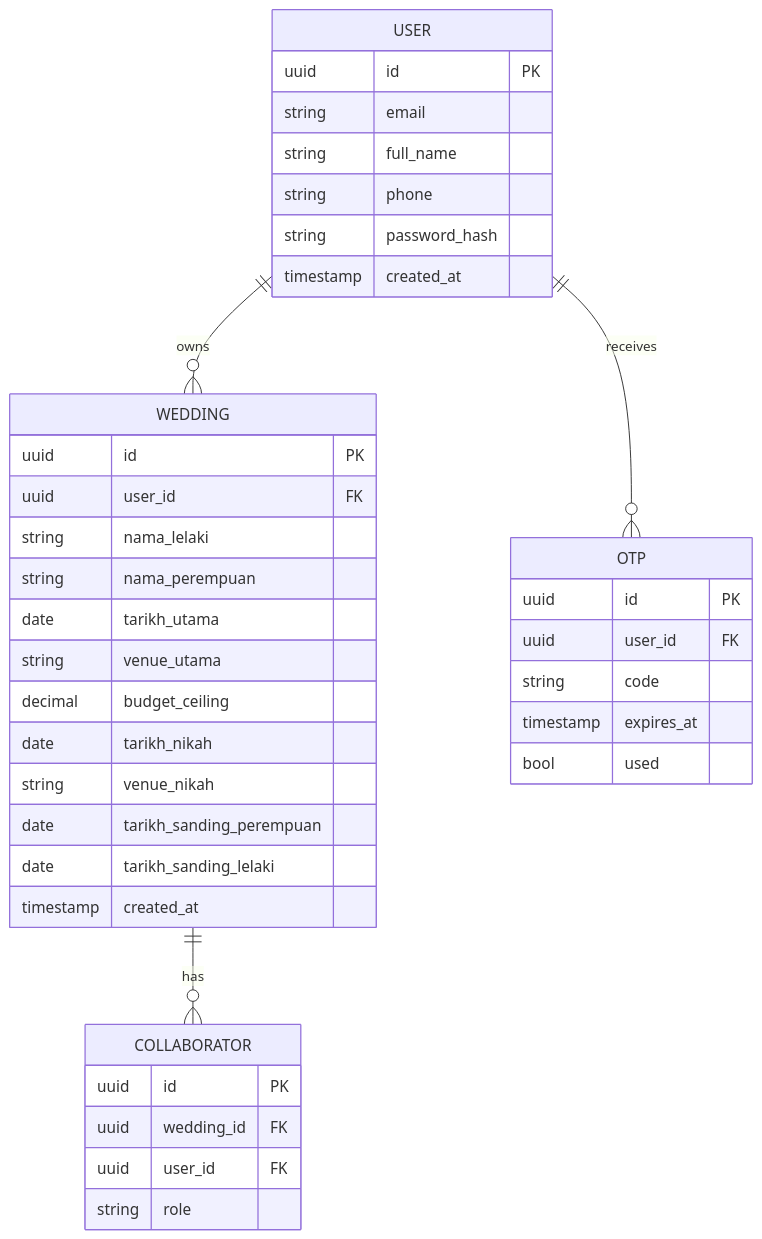
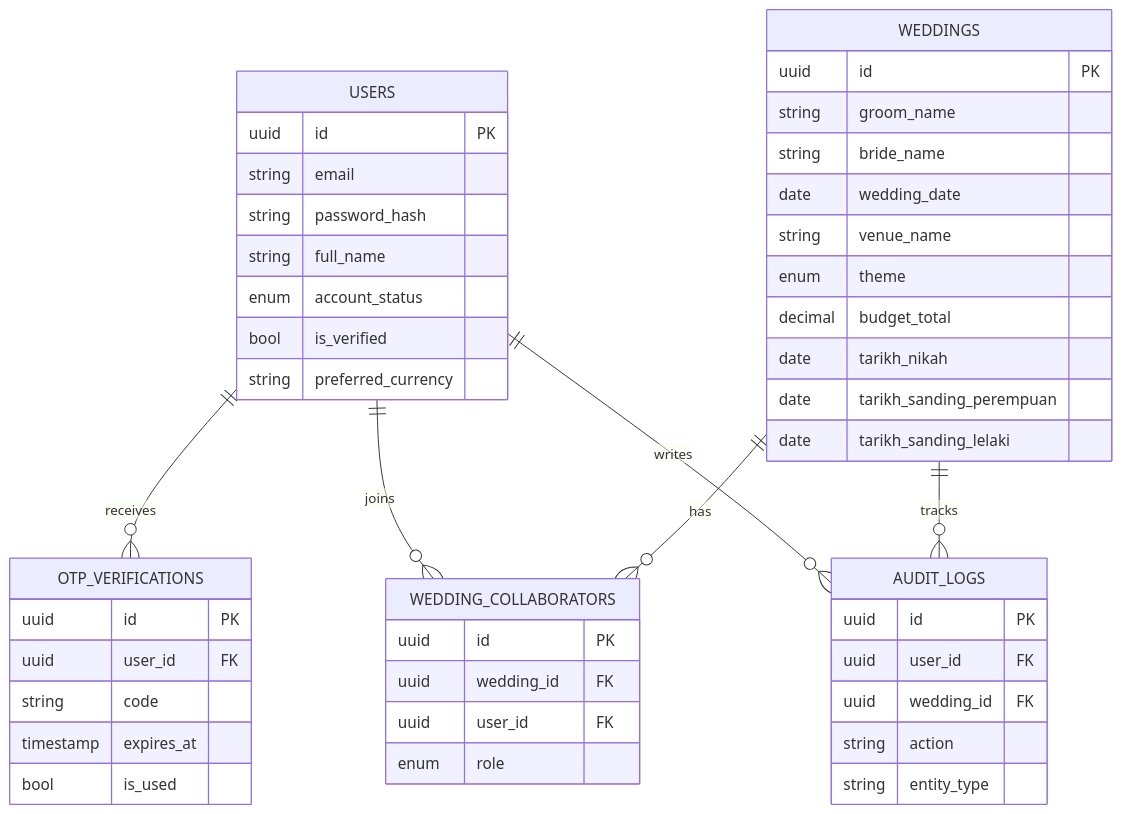
Before and after one commit to snsyaqirah/snsyaqirah.github.io: the eighth of 17 diagrams in portfolio-react/public/docs/planluhh.md, drawn with Mermaid. The commit also changed other lines of this file and 101 other files, not shown here.

````diff
--- a/portfolio-react/public/docs/planluhh.md
+++ b/portfolio-react/public/docs/planluhh.md
@@ -249,41 +268,49 @@
 ```mermaid
 erDiagram
-    USER {
+    USERS {
         uuid id PK
         string email
+        string password_hash
         string full_name
-        string phone
-        string password_hash
-        timestamp created_at
+        enum account_status
+        bool is_verified
+        string preferred_currency
     }
-    WEDDING {
-        uuid id PK
-        uuid user_id FK
-        string nama_lelaki
-        string nama_perempuan
-        date tarikh_utama
-        string venue_utama
-        decimal budget_ceiling
-        date tarikh_nikah
-        string venue_nikah
-        date tarikh_sanding_perempuan
-        date tarikh_sanding_lelaki
-        timestamp created_at
-    }
-    OTP {
+    OTP_VERIFICATIONS {
         uuid id PK
         uuid user_id FK
         string code
         timestamp expires_at
-        bool used
+        bool is_used
     }
-    COLLABORATOR {
+    WEDDINGS {
+        uuid id PK
+        string groom_name
+        string bride_name
+        date wedding_date
+        string venue_name
+        enum theme
+        decimal budget_total
+        date tarikh_nikah
+        date tarikh_sanding_perempuan
+        date tarikh_sanding_lelaki
+    }
+    WEDDING_COLLABORATORS {
         uuid id PK
         uuid wedding_id FK
         uuid user_id FK
-        string role
+        enum role
     }
-    USER ||--o{ WEDDING : "owns"
-    USER ||--o{ OTP : "receives"
-    WEDDING ||--o{ COLLABORATOR : "has"
+    AUDIT_LOGS {
+        uuid id PK
+        uuid user_id FK
+        uuid wedding_id FK
+        string action
+        string entity_type
+    }
+    USERS ||--o{ OTP_VERIFICATIONS : receives
+    USERS ||--o{ WEDDING_COLLABORATORS : joins
+    WEDDINGS ||--o{ WEDDING_COLLABORATORS : has
+    USERS ||--o{ AUDIT_LOGS : writes
+    WEDDINGS ||--o{ AUDIT_LOGS : tracks
 ```
````
